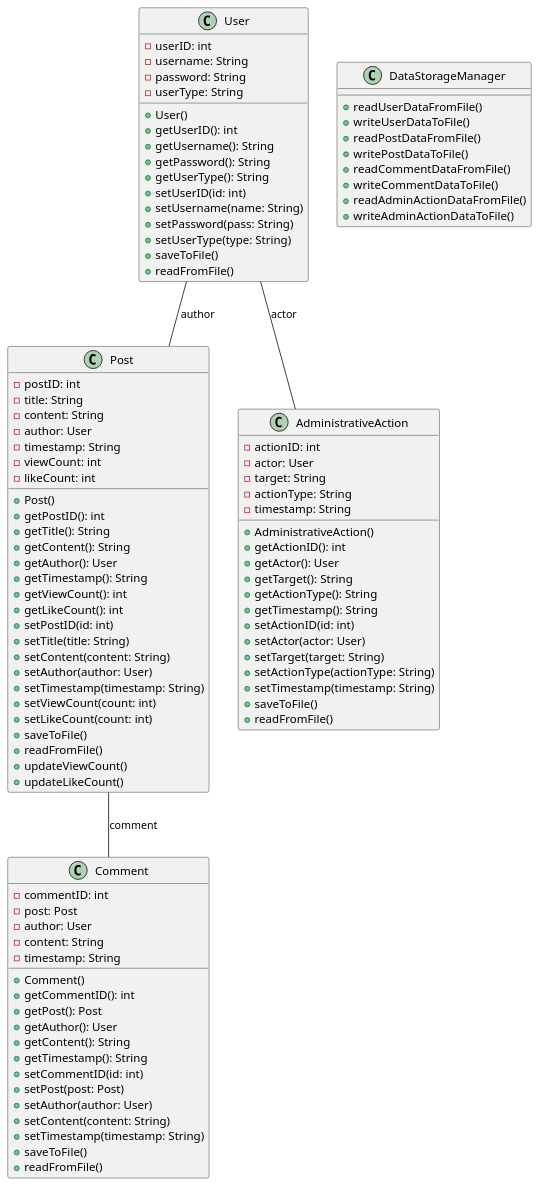
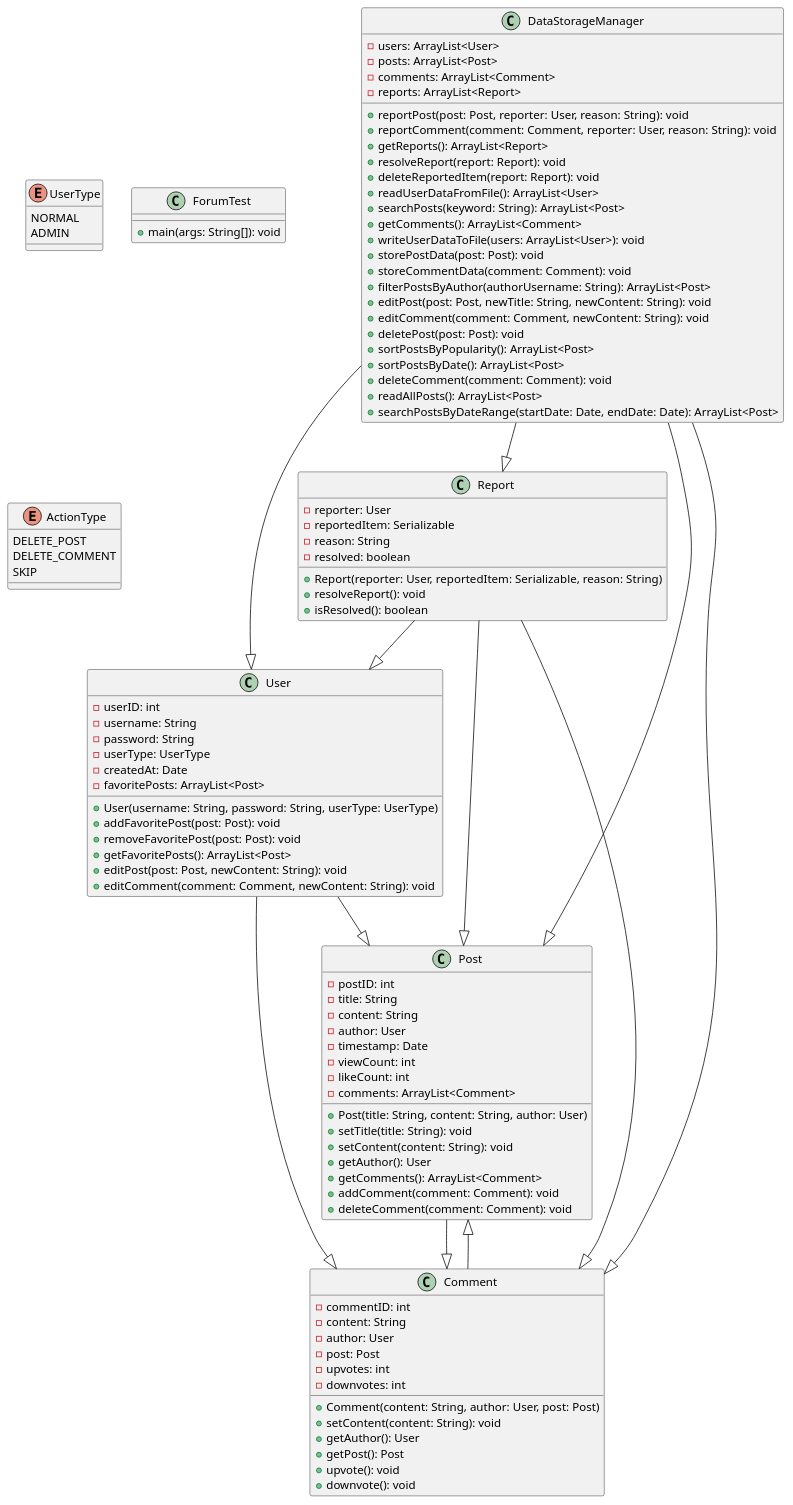
One commit to Java-F23/FORUMS changed the diagram in src/HalaqaUML.puml. Above: the diagram before and after it, drawn with PlantUML. The commit also changed 13 other files, not shown here.

```diff
--- a/src/HalaqaUML.puml
+++ b/src/HalaqaUML.puml
@@ -1,107 +1,115 @@
 @startuml
 
 class User {
   - userID: int
   - username: String
   - password: String
-  - userType: String
-  + User()
-  + getUserID(): int
-  + getUsername(): String
-  + getPassword(): String
-  + getUserType(): String
-  + setUserID(id: int)
-  + setUsername(name: String)
-  + setPassword(pass: String)
-  + setUserType(type: String)
-  + saveToFile()
-  + readFromFile()
+  - userType: UserType
+  - createdAt: Date
+  - favoritePosts: ArrayList<Post>
+  + User(username: String, password: String, userType: UserType)
+  + addFavoritePost(post: Post): void
+  + removeFavoritePost(post: Post): void
+  + getFavoritePosts(): ArrayList<Post>
+  + editPost(post: Post, newContent: String): void
+  + editComment(comment: Comment, newContent: String): void
+}
+
+enum UserType {
+  NORMAL
+  ADMIN
 }
 
 class Post {
   - postID: int
   - title: String
   - content: String
   - author: User
-  - timestamp: String
+  - timestamp: Date
   - viewCount: int
   - likeCount: int
-  + Post()
-  + getPostID(): int
-  + getTitle(): String
-  + getContent(): String
+  - comments: ArrayList<Comment>
+  + Post(title: String, content: String, author: User)
+  + setTitle(title: String): void
+  + setContent(content: String): void
   + getAuthor(): User
-  + getTimestamp(): String
-  + getViewCount(): int
-  + getLikeCount(): int
-  + setPostID(id: int)
-  + setTitle(title: String)
-  + setContent(content: String)
-  + setAuthor(author: User)
-  + setTimestamp(timestamp: String)
-  + setViewCount(count: int)
-  + setLikeCount(count: int)
-  + saveToFile()
-  + readFromFile()
-  + updateViewCount()
-  + updateLikeCount()
+  + getComments(): ArrayList<Comment>
+  + addComment(comment: Comment): void
+  + deleteComment(comment: Comment): void
 }
 
 class Comment {
   - commentID: int
+  - content: String
+  - author: User
   - post: Post
-  - author: User
-  - content: String
-  - timestamp: String
-  + Comment()
-  + getCommentID(): int
+  - upvotes: int
+  - downvotes: int
+  + Comment(content: String, author: User, post: Post)
+  + setContent(content: String): void
+  + getAuthor(): User
   + getPost(): Post
-  + getAuthor(): User
-  + getContent(): String
-  + getTimestamp(): String
-  + setCommentID(id: int)
-  + setPost(post: Post)
-  + setAuthor(author: User)
-  + setContent(content: String)
-  + setTimestamp(timestamp: String)
-  + saveToFile()
-  + readFromFile()
-}
-
-class AdministrativeAction {
-  - actionID: int
-  - actor: User
-  - target: String
-  - actionType: String
-  - timestamp: String
-  + AdministrativeAction()
-  + getActionID(): int
-  + getActor(): User
-  + getTarget(): String
-  + getActionType(): String
-  + getTimestamp(): String
-  + setActionID(id: int)
-  + setActor(actor: User)
-  + setTarget(target: String)
-  + setActionType(actionType: String)
-  + setTimestamp(timestamp: String)
-  + saveToFile()
-  + readFromFile()
+  + upvote(): void
+  + downvote(): void
 }
 
 class DataStorageManager {
-  + readUserDataFromFile()
-  + writeUserDataToFile()
-  + readPostDataFromFile()
-  + writePostDataToFile()
-  + readCommentDataFromFile()
-  + writeCommentDataToFile()
-  + readAdminActionDataFromFile()
-  + writeAdminActionDataToFile()
+  - users: ArrayList<User>
+  - posts: ArrayList<Post>
+  - comments: ArrayList<Comment>
+  - reports: ArrayList<Report>
+  + reportPost(post: Post, reporter: User, reason: String): void
+  + reportComment(comment: Comment, reporter: User, reason: String): void
+  + getReports(): ArrayList<Report>
+  + resolveReport(report: Report): void
+  + deleteReportedItem(report: Report): void
+  + readUserDataFromFile(): ArrayList<User>
+  + searchPosts(keyword: String): ArrayList<Post>
+  + getComments(): ArrayList<Comment>
+  + writeUserDataToFile(users: ArrayList<User>): void
+  + storePostData(post: Post): void
+  + storeCommentData(comment: Comment): void
+  + filterPostsByAuthor(authorUsername: String): ArrayList<Post>
+  + editPost(post: Post, newTitle: String, newContent: String): void
+  + editComment(comment: Comment, newContent: String): void
+  + deletePost(post: Post): void
+  + sortPostsByPopularity(): ArrayList<Post>
+  + sortPostsByDate(): ArrayList<Post>
+  + deleteComment(comment: Comment): void
+  + readAllPosts(): ArrayList<Post>
+  + searchPostsByDateRange(startDate: Date, endDate: Date): ArrayList<Post>
 }
 
-User -- Post: author
-Post -- Comment: comment
-User -- AdministrativeAction: actor
+class ForumTest {
+  + main(args: String[]): void
+}
+
+class Report {
+  - reporter: User
+  - reportedItem: Serializable
+  - reason: String
+  - resolved: boolean
+  + Report(reporter: User, reportedItem: Serializable, reason: String)
+  + resolveReport(): void
+  + isResolved(): boolean
+}
+
+enum ActionType {
+  DELETE_POST
+  DELETE_COMMENT
+  SKIP
+}
+
+User --|> Post
+User --|> Comment
+Post --|> Comment
+Comment --|> Post
+Report --|> User
+Report --|> Comment
+Report --|> Post
+DataStorageManager --|> User
+DataStorageManager --|> Post
+DataStorageManager --|> Comment
+DataStorageManager --|> Report
 
 @enduml
```
